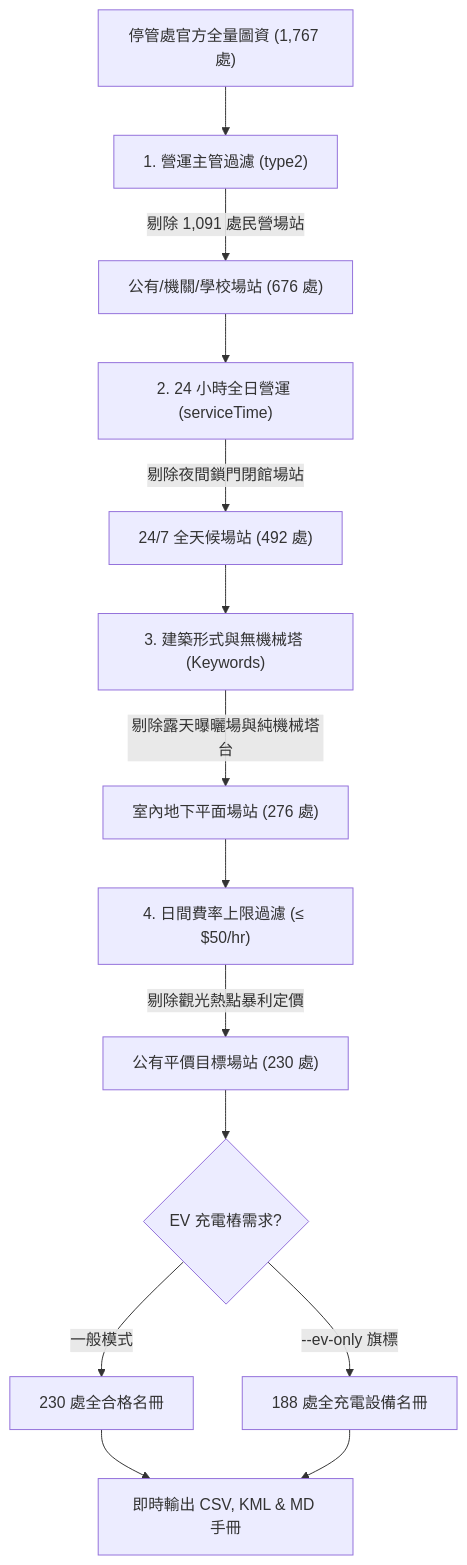
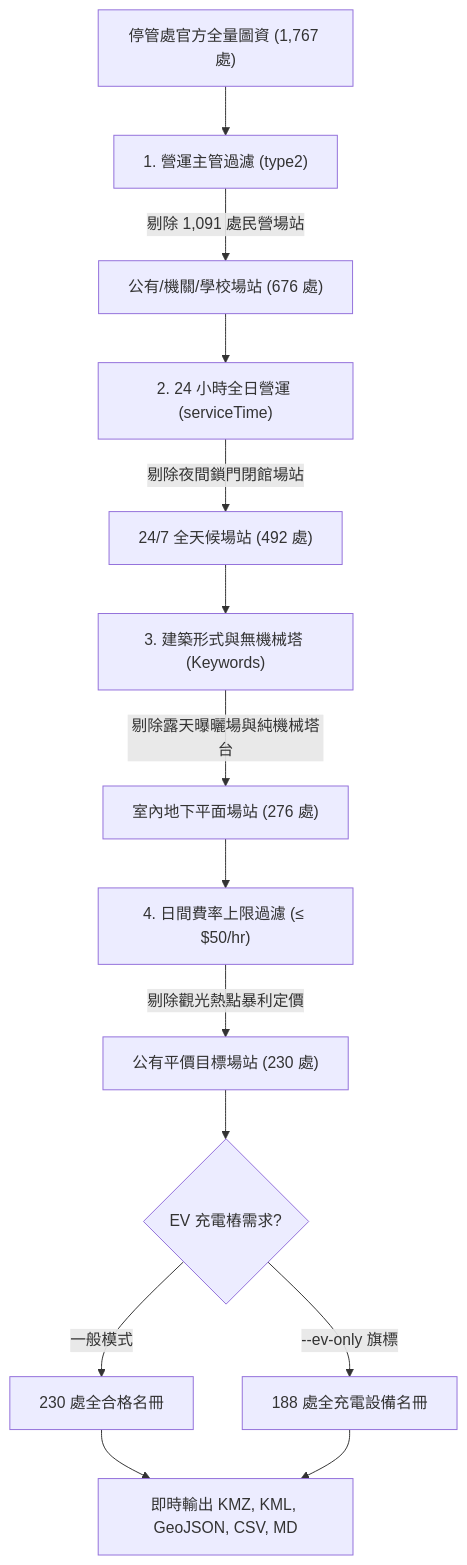
One commit to a-chhiong/parking-jager changed the diagram in Taipei/README.md. Above: the diagram before and after it, drawn with Mermaid. The commit also changed other lines of this file and 6 other files, not shown here.

````diff
--- a/Taipei/README.md
+++ b/Taipei/README.md
@@ -45,16 +102,16 @@
 ```mermaid
 flowchart TD
     A["停管處官方全量圖資 (1,767 處)"] --> B["1. 營運主管過濾 (type2)"]
     B -->|剔除 1,091 處民營場站| C["公有/機關/學校場站 (676 處)"]
     C --> D["2. 24 小時全日營運 (serviceTime)"]
     D -->|剔除夜間鎖門閉館場站| E["24/7 全天候場站 (492 處)"]
     E --> F["3. 建築形式與無機械塔 (Keywords)"]
     F -->|剔除露天曝曬場與純機械塔台| G["室內地下平面場站 (276 處)"]
     G --> H["4. 日間費率上限過濾 (≤ $50/hr)"]
     H -->|剔除觀光熱點暴利定價| I["公有平價目標場站 (230 處)"]
     I --> J{"EV 充電樁需求?"}
     J -->|一般模式| K["230 處全合格名冊"]
     J -->|--ev-only 旗標| L["188 處全充電設備名冊"]
-    K --> M["即時輸出 CSV, KML & MD 手冊"]
+    K --> M["即時輸出 KMZ, KML, GeoJSON, CSV, MD"]
     L --> M
 ```
````
